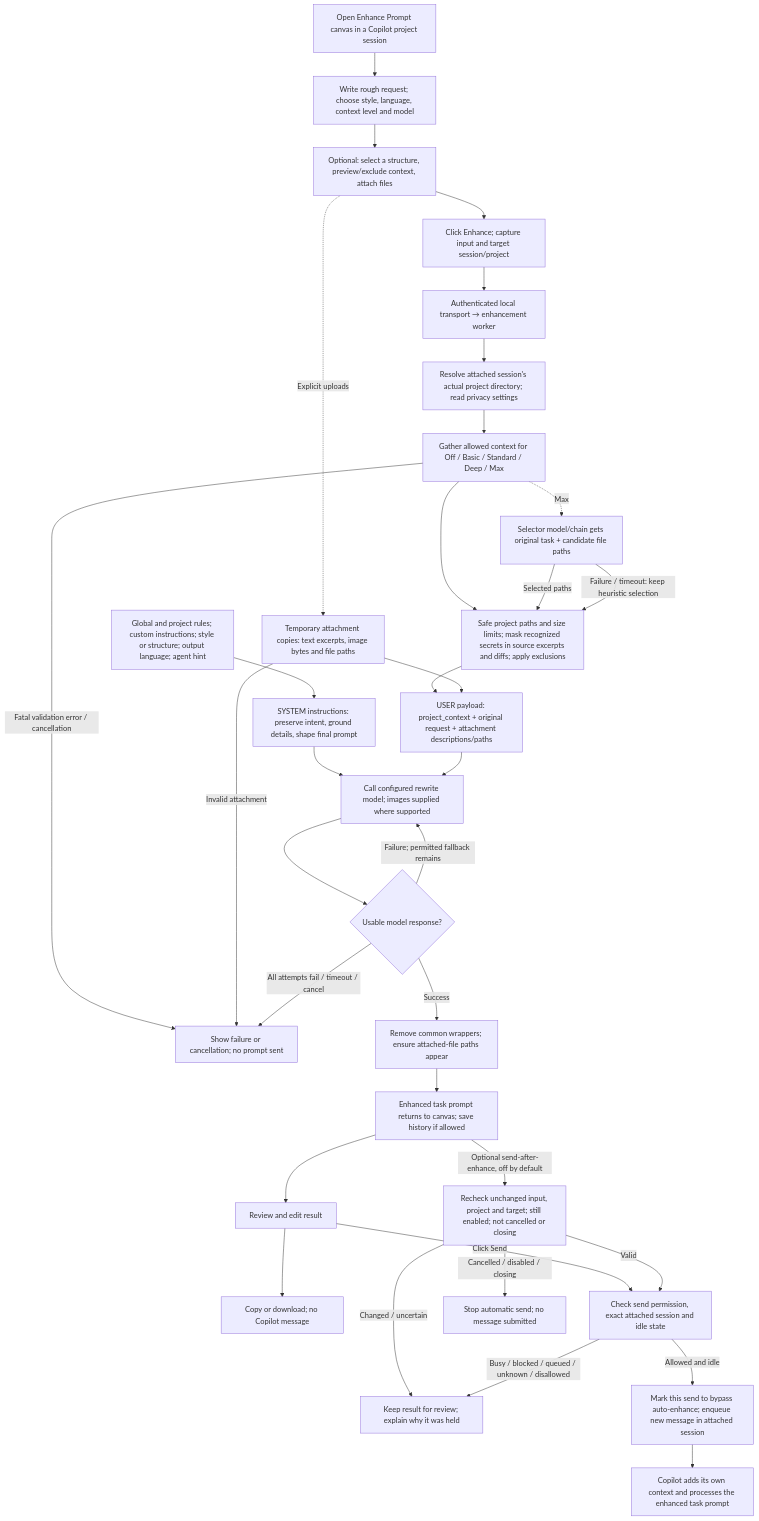
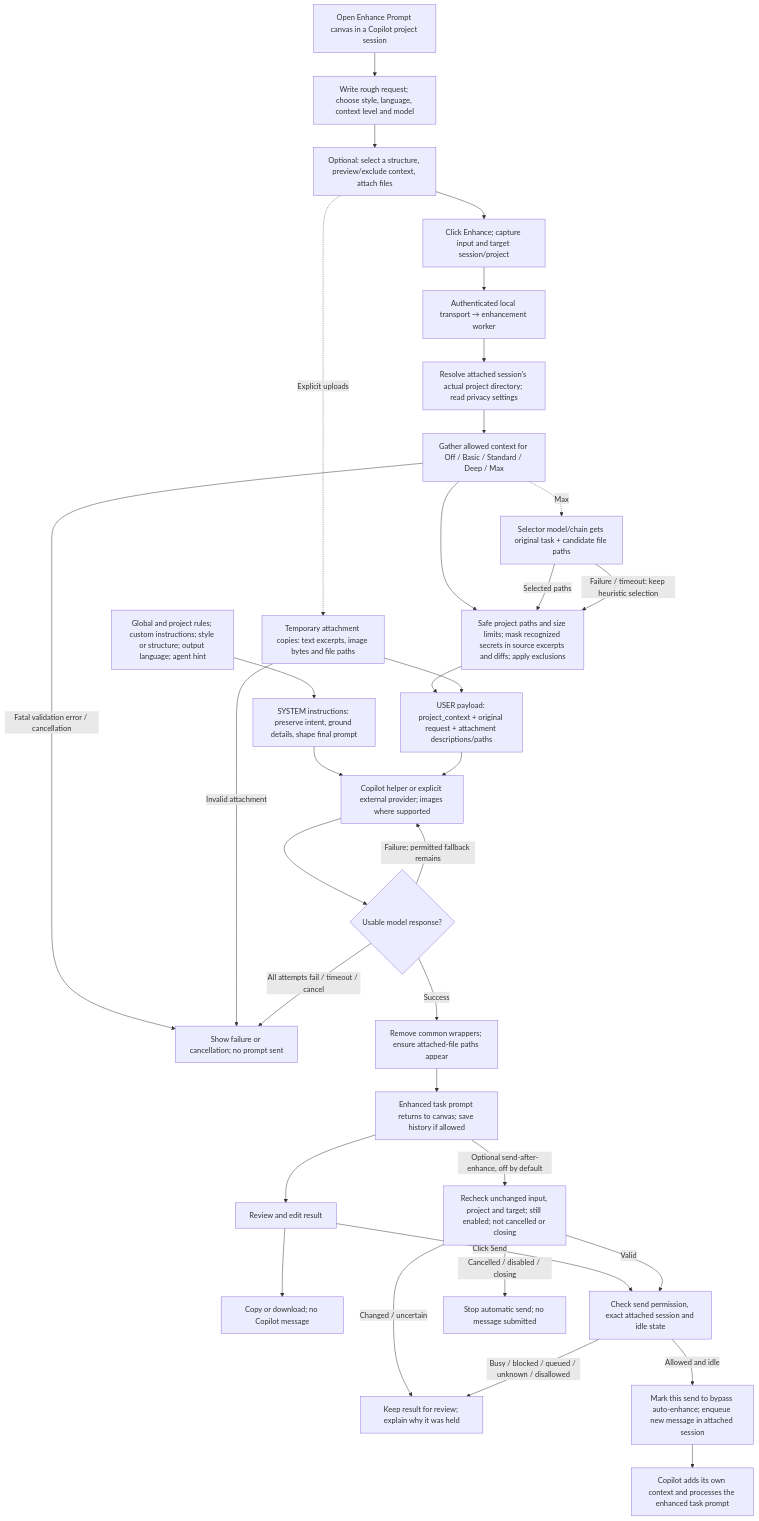
Before and after one commit to AndrewGodlewsky/copilot-enhance-prompt: the first of 2 diagrams in docs/prompt-workflow.md, drawn with Mermaid. The commit also changed other lines of this file and 44 other files, not shown here.

````diff
--- a/docs/prompt-workflow.md
+++ b/docs/prompt-workflow.md
@@ -9,36 +9,36 @@
 ```mermaid
 flowchart TD
     A["Open Enhance Prompt canvas in a Copilot project session"] --> B["Write rough request; choose style, language, context level and model"]
     B --> C["Optional: select a structure, preview/exclude context, attach files"]
     C --> D["Click Enhance; capture input and target session/project"]
     D --> E["Authenticated local transport → enhancement worker"]
     E --> F["Resolve attached session's actual project directory; read privacy settings"]
     F --> G["Gather allowed context for Off / Basic / Standard / Deep / Max"]
     G --> H["Safe project paths and size limits; mask recognized secrets in source excerpts and diffs; apply exclusions"]
     G -. "Max" .-> P["Selector model/chain gets original task + candidate file paths"]
     P -- "Selected paths" --> H
     P -- "Failure / timeout: keep heuristic selection" --> H
     G -- "Fatal validation error / cancellation" --> X
     C -. "Explicit uploads" .-> I["Temporary attachment copies: text excerpts, image bytes and file paths"]
     I -- "Invalid attachment" --> X
     J["Global and project rules; custom instructions; style or structure; output language; agent hint"] --> K["SYSTEM instructions: preserve intent, ground details, shape final prompt"]
     H --> L["USER payload: project_context + original request + attachment descriptions/paths"]
     I --> L
-    K --> M["Call configured rewrite model; images supplied where supported"]
+    K --> M["Copilot helper or explicit external provider; images where supported"]
     L --> M
     M --> N{"Usable model response?"}
     N -- "Failure; permitted fallback remains" --> M
     N -- "All attempts fail / timeout / cancel" --> X["Show failure or cancellation; no prompt sent"]
     N -- "Success" --> O["Remove common wrappers; ensure attached-file paths appear"]
     O --> R["Enhanced task prompt returns to canvas; save history if allowed"]
     R --> S["Review and edit result"]
     S --> T["Copy or download; no Copilot message"]
     S -- "Click Send" --> U["Check send permission, exact attached session and idle state"]
     R -- "Optional send-after-enhance, off by default" --> V["Recheck unchanged input, project and target; still enabled; not cancelled or closing"]
     V -- "Valid" --> U
     V -- "Changed / uncertain" --> W["Keep result for review; explain why it was held"]
     V -- "Cancelled / disabled / closing" --> Q["Stop automatic send; no message submitted"]
     U -- "Busy / blocked / queued / unknown / disallowed" --> W
     U -- "Allowed and idle" --> Y["Mark this send to bypass auto-enhance; enqueue new message in attached session"]
     Y --> Z["Copilot adds its own context and processes the enhanced task prompt"]
 ```
````
